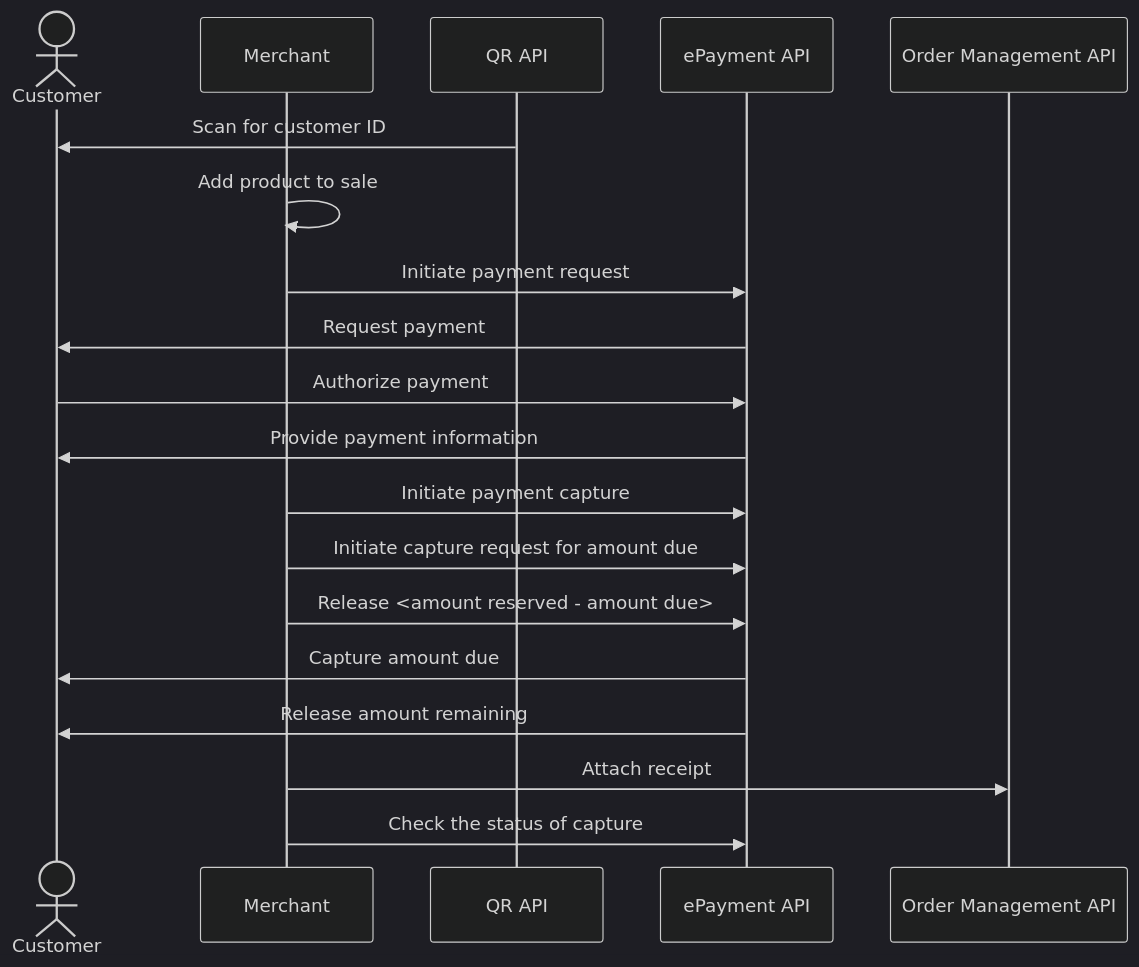
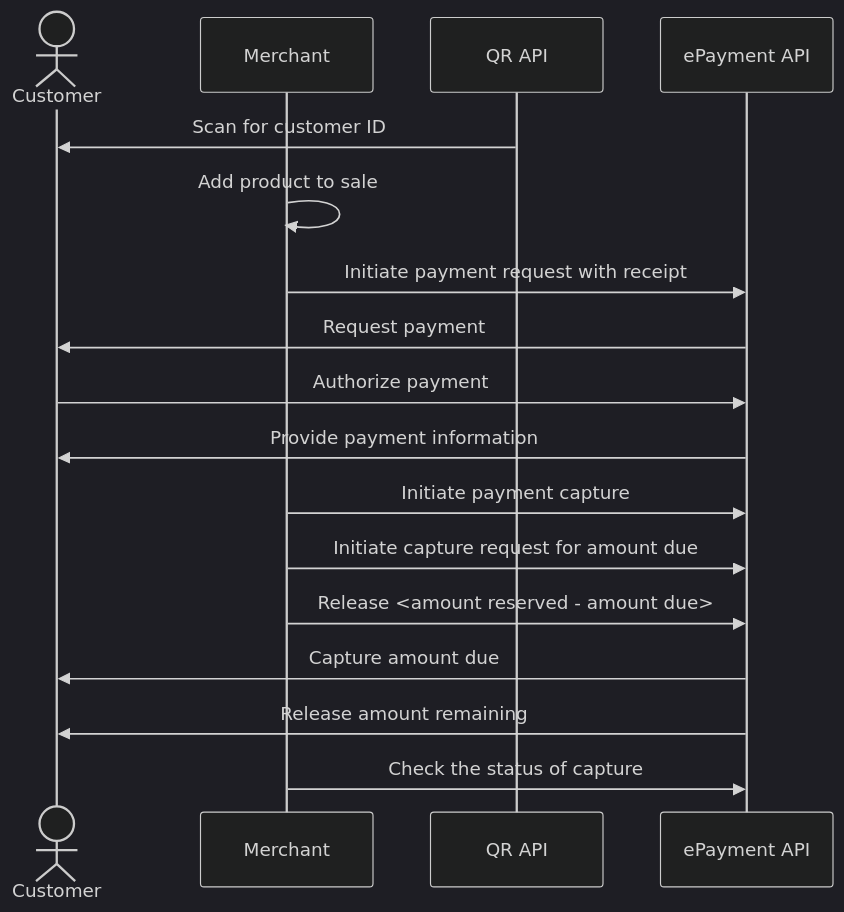
One commit to vippsas/vipps-solutions changed the diagram in vending-machines/qr-direct-to-payment-in-app.md. Above: the diagram before and after it, drawn with Mermaid (dark theme). The commit also changed other lines of this file and 19 other files, not shown here.

Commit message:
Provide unique examples. Add receipt in payment request when possible.

````diff
--- a/vending-machines/qr-direct-to-payment-in-app.md
+++ b/vending-machines/qr-direct-to-payment-in-app.md
@@ -64,22 +61,20 @@
 ``` mermaid
 sequenceDiagram
     actor C as Customer
     participant M as Merchant
     participant QR as QR API
     participant ePayment as ePayment API
-    participant ordermanagement as Order Management API
     
     QR->>C: Scan for customer ID
     M->>M: Add product to sale
-    M->>ePayment: Initiate payment request
+    M->>ePayment: Initiate payment request with receipt
     ePayment->>C: Request payment
     C->>ePayment: Authorize payment
     ePayment->>C: Provide payment information
     M->>ePayment: Initiate payment capture
     M->>ePayment: Initiate capture request for amount due
     M->>ePayment: Release <amount reserved - amount due>
     ePayment->>C: Capture amount due
     ePayment->>C: Release amount remaining
-    M->> ordermanagement: Attach receipt
     M->>ePayment: Check the status of capture
 ```
````
